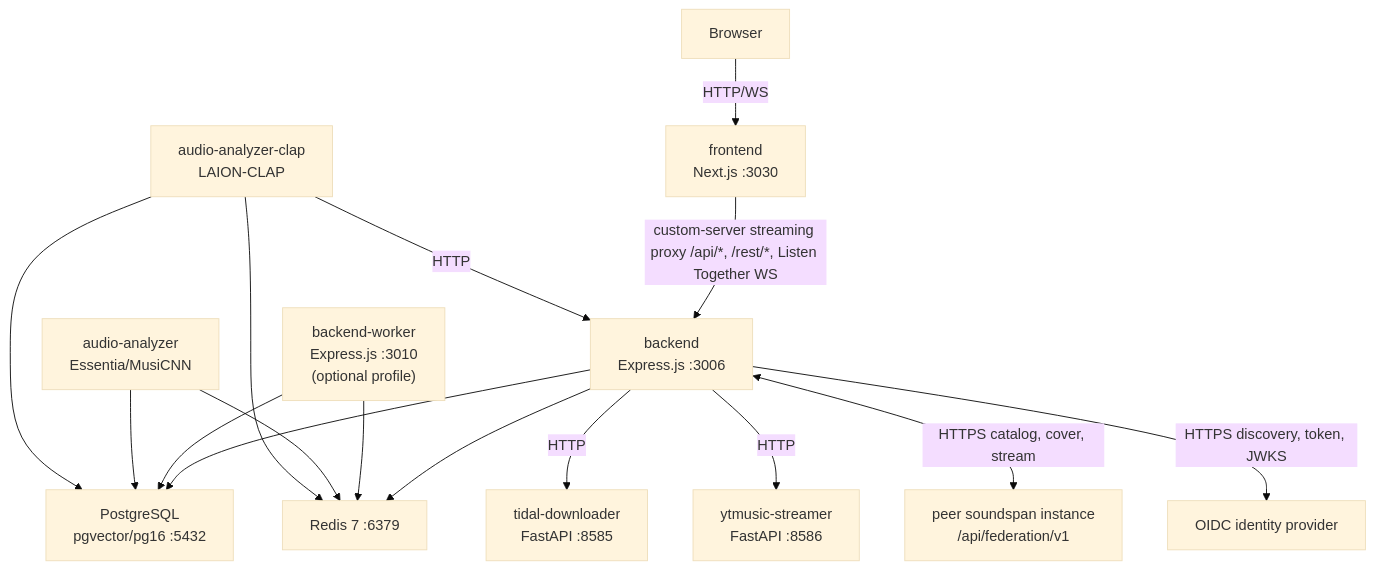
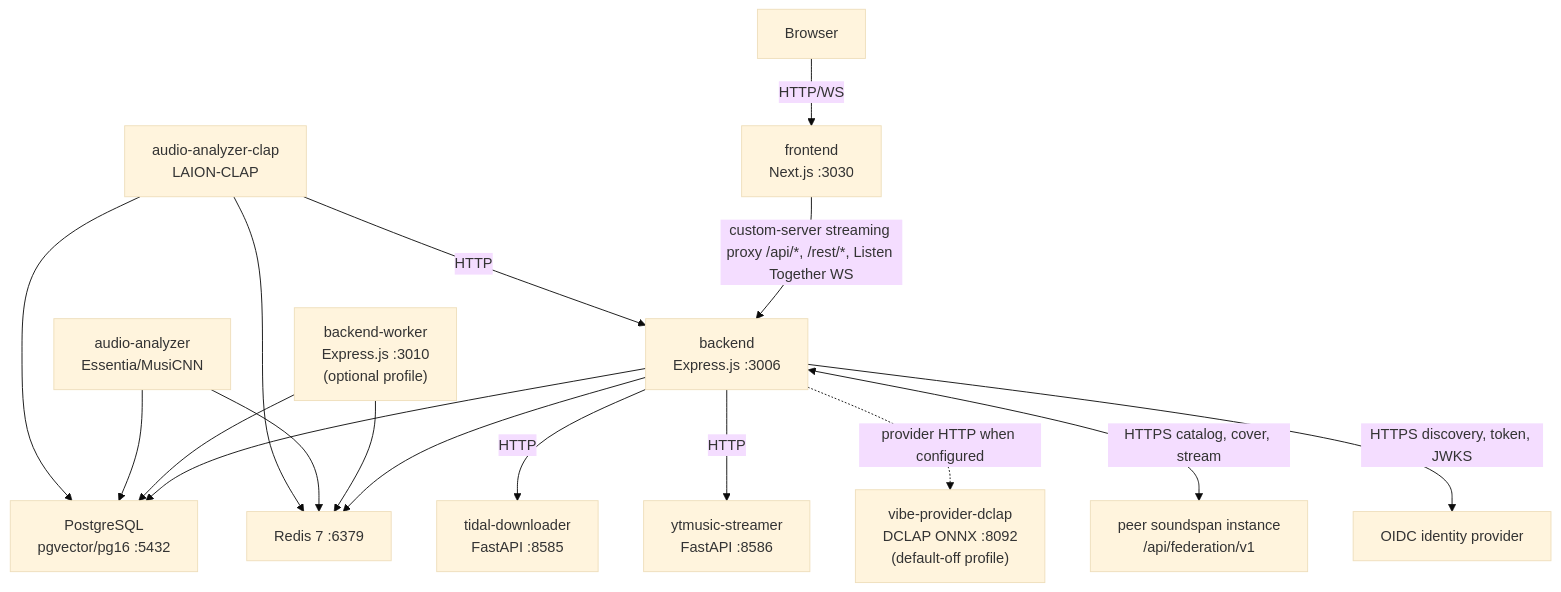
The first of 2 diagrams in docs/ARCHITECTURE.md (Tipson/soundspan), drawn with Mermaid (base theme) before and after one commit. The commit also changed other lines of this file and 42 other files, not shown here.

First line of the commit message:
feat(vibe): DCLAP student ONNX provider sidecar, default-off (#547)

````diff
--- a/docs/ARCHITECTURE.md
+++ b/docs/ARCHITECTURE.md
@@ -7,31 +7,33 @@
 ```mermaid
 graph TD
     Browser["Browser"]
     FE["frontend<br/>Next.js :3030"]
     BE["backend<br/>Express.js :3006"]
     BW["backend-worker<br/>Express.js :3010<br/>(optional profile)"]
     PG["PostgreSQL<br/>pgvector/pg16 :5432"]
     RD["Redis 7 :6379"]
     TD["tidal-downloader<br/>FastAPI :8585"]
     YT["ytmusic-streamer<br/>FastAPI :8586"]
     AA["audio-analyzer<br/>Essentia/MusiCNN"]
     AC["audio-analyzer-clap<br/>LAION-CLAP"]
+    DC["vibe-provider-dclap<br/>DCLAP ONNX :8092<br/>(default-off profile)"]
     PEER["peer soundspan instance<br/>/api/federation/v1"]
     IDP["OIDC identity provider"]
 
     Browser -->|HTTP/WS| FE
     FE -->|"custom-server streaming proxy /api/*, /rest/*, Listen Together WS"| BE
     BE --> PG
     BE --> RD
     BW --> PG
     BW --> RD
     BE -->|HTTP| TD
     BE -->|HTTP| YT
     AA --> PG
     AA --> RD
     AC --> PG
     AC --> RD
     AC -->|HTTP| BE
+    BE -.->|"provider HTTP when configured"| DC
     BE <-->|"HTTPS catalog, cover, stream"| PEER
     BE -->|"HTTPS discovery, token, JWKS"| IDP
 ```
````
